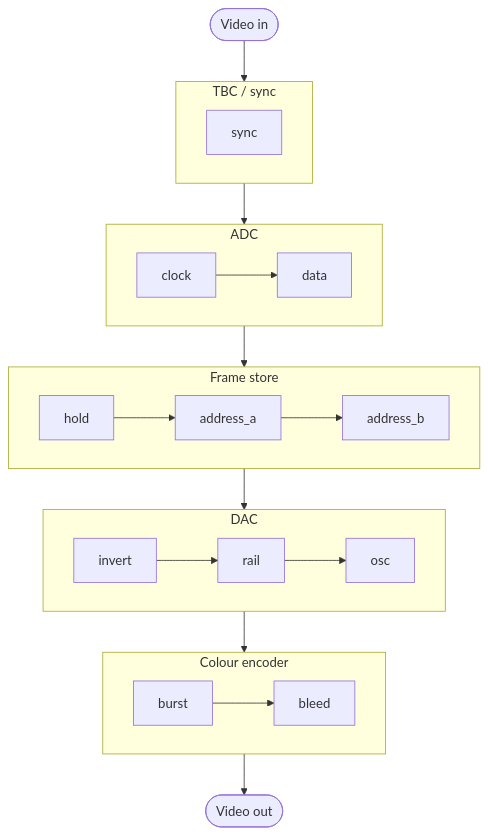
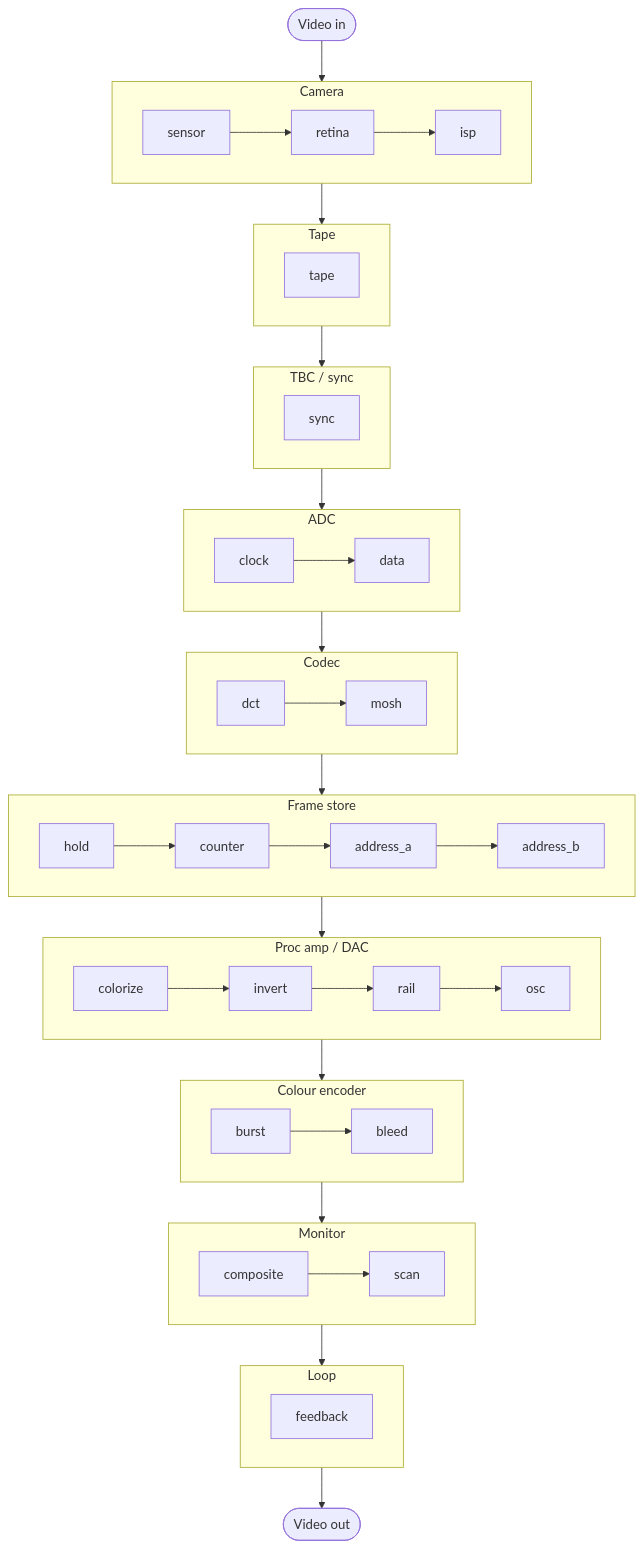
Before and after one commit to kylegrantlucas/bender-rs: the diagram in README.md, drawn with Mermaid. The commit also changed other lines of this file and 48 other files, not shown here.

````diff
--- a/README.md
+++ b/README.md
@@ -116,25 +116,45 @@
 ```mermaid
 flowchart TB
-  in([Video in]) --> TBC
+  in([Video in]) --> Cam
+  subgraph Cam[Camera]
+    direction LR
+    sensor[sensor] --> retina[retina] --> isp[isp]
+  end
+  subgraph Tape[Tape]
+    direction LR
+    tape[tape]
+  end
   subgraph TBC[TBC / sync]
     direction LR
     sync[sync]
   end
   subgraph ADC[ADC]
     direction LR
     clock[clock] --> data[data]
   end
+  subgraph Codec[Codec]
+    direction LR
+    dct[dct] --> mosh[mosh]
+  end
   subgraph RAM[Frame store]
     direction LR
-    hold[hold] --> address_a[address_a] --> address_b[address_b]
+    hold[hold] --> counter[counter] --> address_a[address_a] --> address_b[address_b]
   end
-  subgraph DAC[DAC]
+  subgraph Amp[Proc amp / DAC]
     direction LR
-    invert[invert] --> rail[rail] --> osc[osc]
+    colorize[colorize] --> invert[invert] --> rail[rail] --> osc[osc]
   end
   subgraph Enc[Colour encoder]
     direction LR
     burst[burst] --> bleed[bleed]
   end
-  TBC --> ADC --> RAM --> DAC --> Enc --> out([Video out])
+  subgraph Mon[Monitor]
+    direction LR
+    composite[composite] --> scan[scan]
+  end
+  subgraph Loop[Loop]
+    direction LR
+    feedback[feedback]
+  end
+  Cam --> Tape --> TBC --> ADC --> Codec --> RAM --> Amp --> Enc --> Mon --> Loop --> out([Video out])
 ```
````
